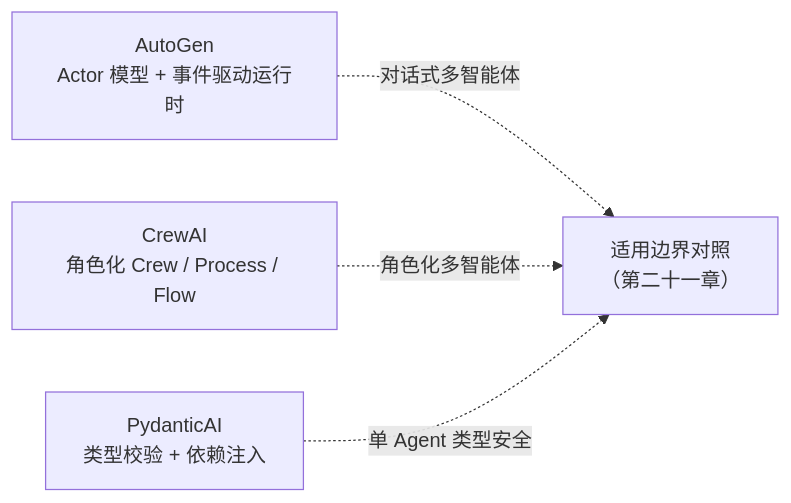
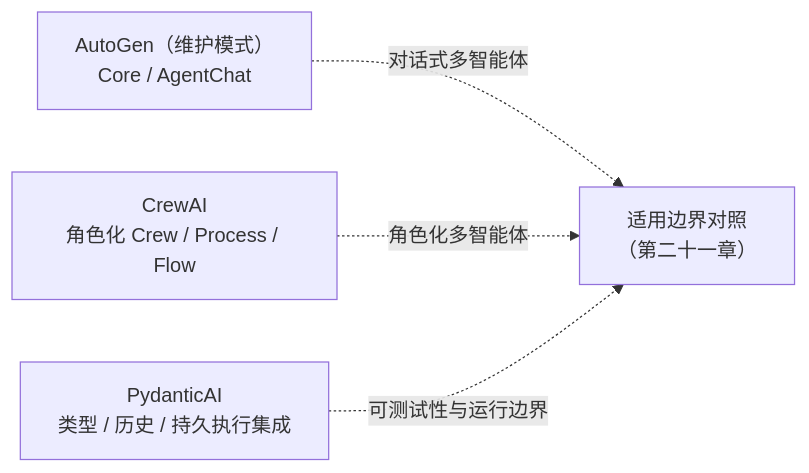
Before and after one commit to oneleaveknowsthefall/awesome-ai-roadmap: the diagram in docs/frameworks/05-lightweight-agent-frameworks/README.md, drawn with Mermaid. The commit also changed other lines of this file and 61 other files, not shown here.

````diff
--- a/docs/frameworks/05-lightweight-agent-frameworks/README.md
+++ b/docs/frameworks/05-lightweight-agent-frameworks/README.md
@@ -12,6 +18,6 @@
 ```mermaid
 flowchart LR
-    A["AutoGen<br/>Actor 模型 + 事件驱动运行时"] -.对话式多智能体.-> D["适用边界对照<br/>（第二十一章）"]
+    A["AutoGen（维护模式）<br/>Core / AgentChat"] -.对话式多智能体.-> D["适用边界对照<br/>（第二十一章）"]
     C["CrewAI<br/>角色化 Crew / Process / Flow"] -.角色化多智能体.-> D
-    P["PydanticAI<br/>类型校验 + 依赖注入"] -.单 Agent 类型安全.-> D
+    P["PydanticAI<br/>类型 / 历史 / 持久执行集成"] -.可测试性与运行边界.-> D
 ```
````
